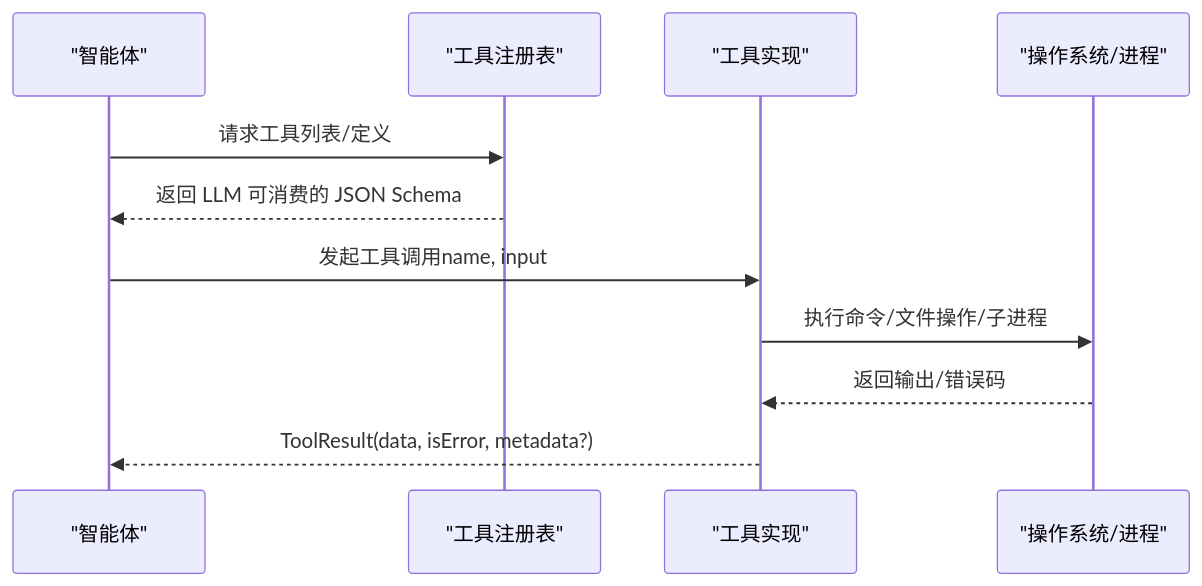
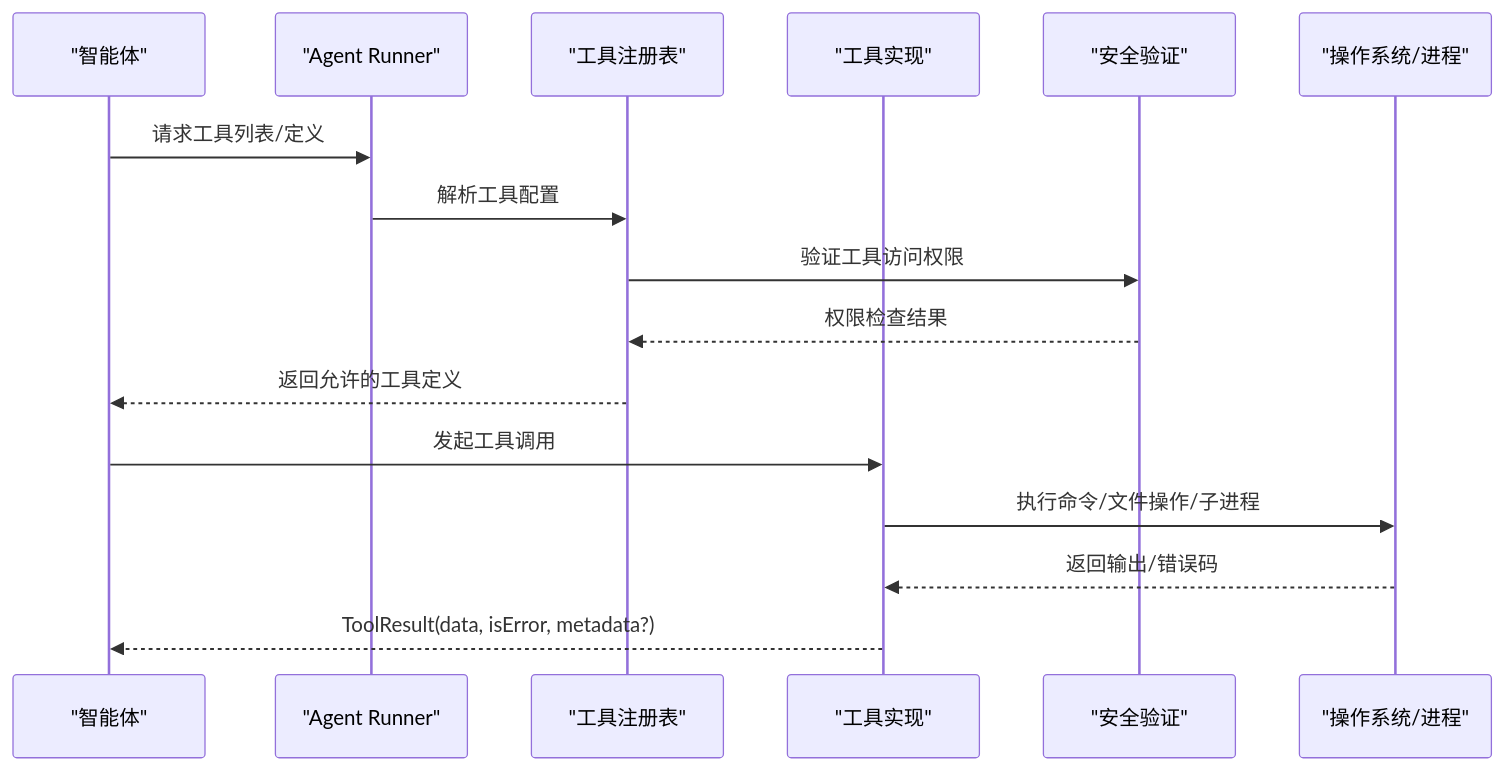
Before and after one commit to haolange/open-multi-agent: the second of 4 diagrams in .qoder/repowiki/zh/content/工具系统/内置工具.md, drawn with Mermaid. The commit also changed other lines of this file and 7 other files, not shown here.

````diff
--- a/.qoder/repowiki/zh/content/工具系统/内置工具.md
+++ b/.qoder/repowiki/zh/content/工具系统/内置工具.md
@@ -111,13 +129,18 @@
 ```mermaid
 sequenceDiagram
 participant Agent as "智能体"
+participant Runner as "Agent Runner"
 participant Registry as "工具注册表"
 participant Tool as "工具实现"
+participant Safety as "安全验证"
 participant OS as "操作系统/进程"
-Agent->>Registry : 请求工具列表/定义
-Registry-->>Agent : 返回 LLM 可消费的 JSON Schema
-Agent->>Tool : 发起工具调用name, input
+Agent->>Runner : 请求工具列表/定义
+Runner->>Registry : 解析工具配置
+Registry->>Safety : 验证工具访问权限
+Safety-->>Registry : 权限检查结果
+Registry-->>Agent : 返回允许的工具定义
+Agent->>Tool : 发起工具调用
 Tool->>OS : 执行命令/文件操作/子进程
 OS-->>Tool : 返回输出/错误码
 Tool-->>Agent : ToolResult(data, isError, metadata?)
 ```
````
